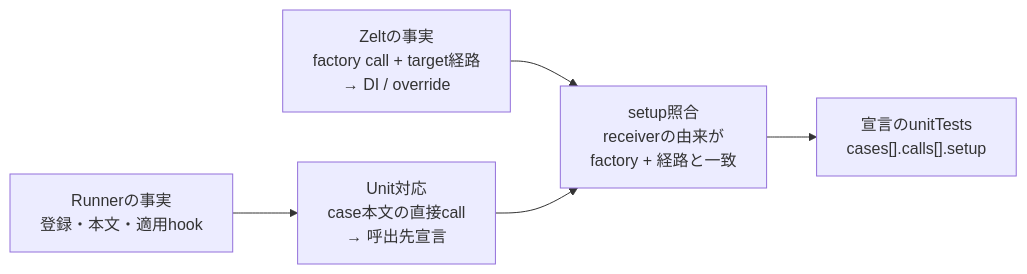
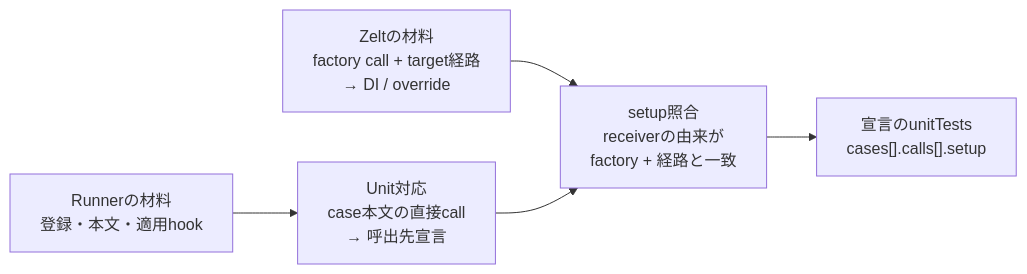
Before and after one commit to zeltjs/zelt: the ninth of 13 diagrams in mocks/studio-spatial/generic-extraction-design.md, drawn with Mermaid. The commit also changed other lines of this file, not shown here.

First line of the commit message:
[wip] ground studio extraction design in architect-facing policies

```diff
--- a/mocks/studio-spatial/generic-extraction-design.md
+++ b/mocks/studio-spatial/generic-extraction-design.md
@@ -746,7 +974,7 @@
 ~~~mermaid
 flowchart LR
-  R["Runnerの事実<br/>登録・本文・適用hook"] --> U["Unit対応<br/>case本文の直接call<br/>→ 呼出先宣言"]
-  Z["Zeltの事実<br/>factory call + target経路<br/>→ DI / override"] --> S["setup照合<br/>receiverの由来が<br/>factory + 経路と一致"]
+  R["Runnerの材料<br/>登録・本文・適用hook"] --> U["Unit対応<br/>case本文の直接call<br/>→ 呼出先宣言"]
+  Z["Zeltの材料<br/>factory call + target経路<br/>→ DI / override"] --> S["setup照合<br/>receiverの由来が<br/>factory + 経路と一致"]
   U --> S
   S --> V["宣言のunitTests<br/>cases[].calls[].setup"]
 ~~~
```
